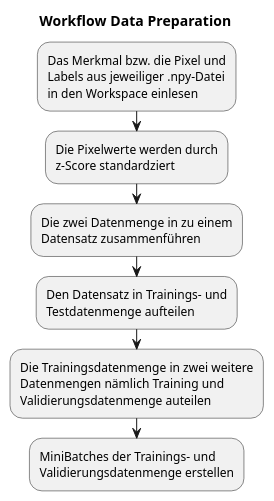
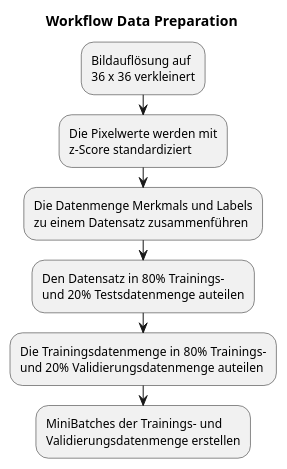
One commit to affandimansor/projektarbeit_tensorflow changed the diagram in workflow/data_preparation.puml. Above: the diagram before and after it, drawn with PlantUML. The commit also changed other lines of this file and 1 other file, not shown here.

Commit message:
finalised workflow and architecture documentation

```diff
--- a/workflow/data_preparation.puml
+++ b/workflow/data_preparation.puml
@@ -9,18 +13,16 @@
 @startuml
 title Workflow Data Preparation
 
-:Das Merkmal bzw. die Pixel und
-Labels aus jeweiliger .npy-Datei
-in den Workspace einlesen;
-:Die Pixelwerte werden durch
-z-Score standardziert;
-:Die zwei Datenmenge in zu einem
-Datensatz zusammenführen;
-:Den Datensatz in Trainings- und
-Testdatenmenge aufteilen;
-:Die Trainingsdatenmenge in zwei weitere
-Datenmengen nämlich Training und 
-Validierungsdatenmenge auteilen;
+:Bildauflösung auf
+36 x 36 verkleinert;
+:Die Pixelwerte werden mit
+z-Score standardiziert;
+:Die Datenmenge Merkmals und Labels
+zu einem Datensatz zusammenführen;
+:Den Datensatz in 80% Trainings- 
+und 20% Testsdatenmenge auteilen;
+:Die Trainingsdatenmenge in 80% Trainings- 
+und 20% Validierungsdatenmenge auteilen;
 :MiniBatches der Trainings- und
 Validierungsdatenmenge erstellen;
 @enduml
```
